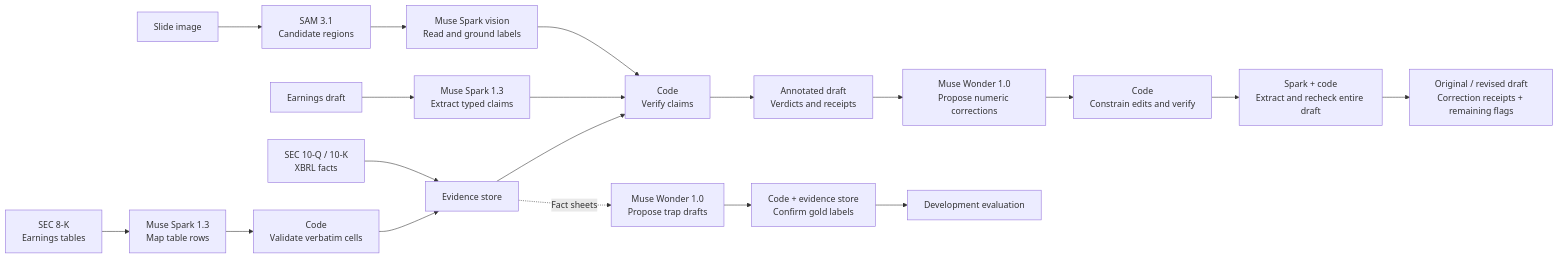
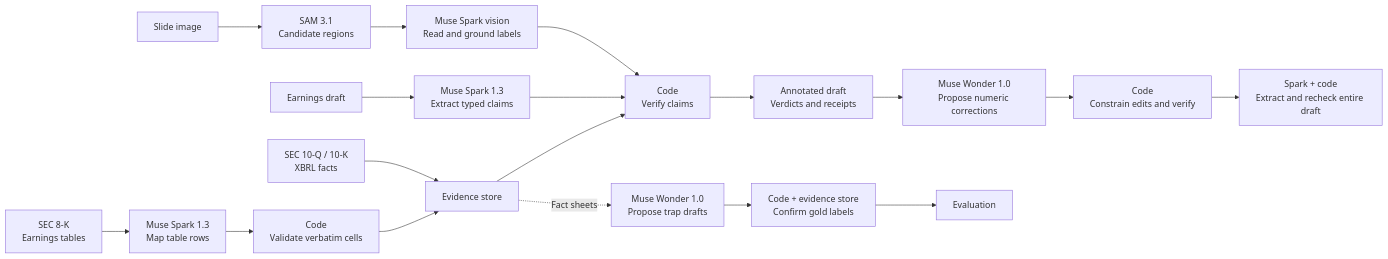
Before and after one commit to changshoufeng0609-cmd/nocap: the diagram in README.md, drawn with Mermaid. The commit also changed other lines of this file and 2017 other files, not shown here.

````diff
--- a/README.md
+++ b/README.md
@@ -23,20 +76,19 @@
 ```mermaid
 flowchart LR
     Slide["Slide image"] --> SAM["SAM 3.1<br/>Candidate regions"]
     SAM --> Vision["Muse Spark vision<br/>Read and ground labels"]
     Vision --> Verify
     Draft["Earnings draft"] --> Spark["Muse Spark 1.3<br/>Extract typed claims"]
     Spark --> Verify["Code<br/>Verify claims"]
     Verify --> Result["Annotated draft<br/>Verdicts and receipts"]
     XBRL["SEC 10-Q / 10-K<br/>XBRL facts"] --> Store["Evidence store"]
     PR["SEC 8-K<br/>Earnings tables"] --> Map["Muse Spark 1.3<br/>Map table rows"]
     Map --> Cells["Code<br/>Validate verbatim cells"] --> Store
     Store --> Verify
     Result --> Fix["Muse Wonder 1.0<br/>Propose numeric corrections"]
     Fix --> Guard["Code<br/>Constrain edits and verify"]
     Guard --> Recheck["Spark + code<br/>Extract and recheck entire draft"]
-    Recheck --> Compare["Original / revised draft<br/>Correction receipts + remaining flags"]
     Store -. "Fact sheets" .-> Wonder["Muse Wonder 1.0<br/>Propose trap drafts"]
     Wonder --> Gold["Code + evidence store<br/>Confirm gold labels"]
-    Gold --> Dev["Development evaluation"]
+    Gold --> Eval["Evaluation"]
 ```
````
